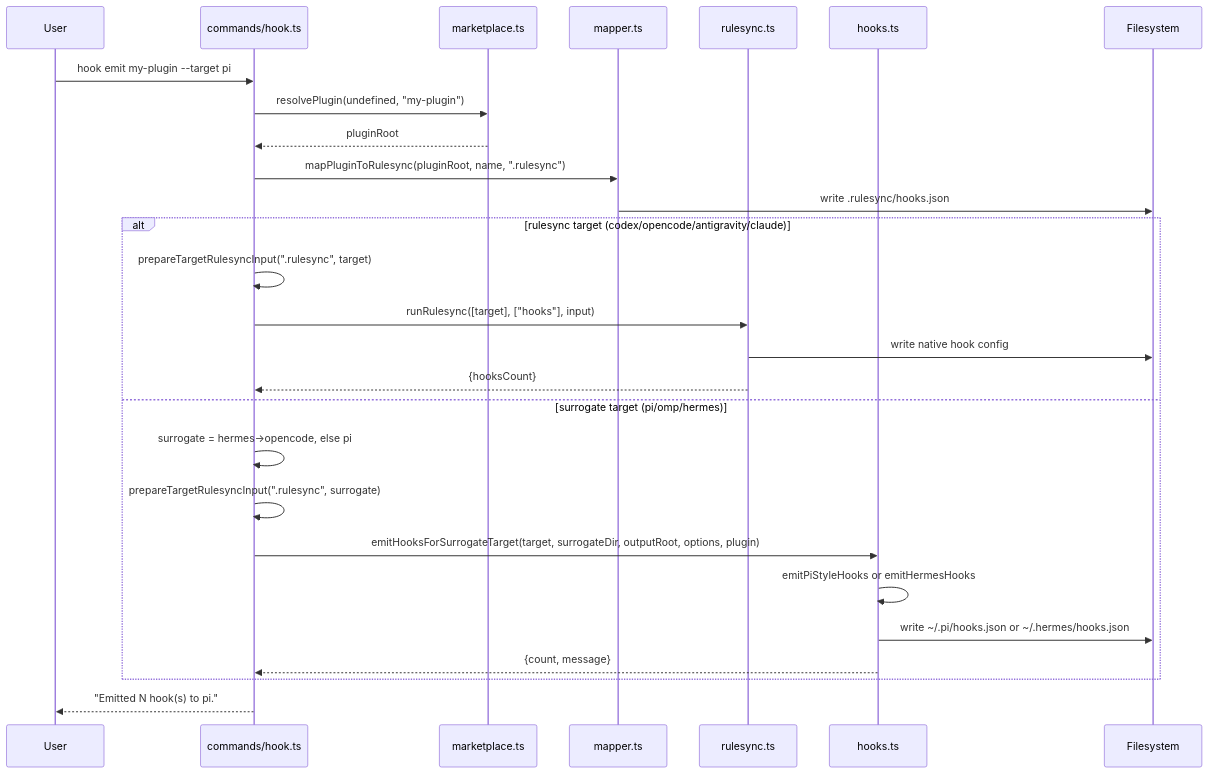
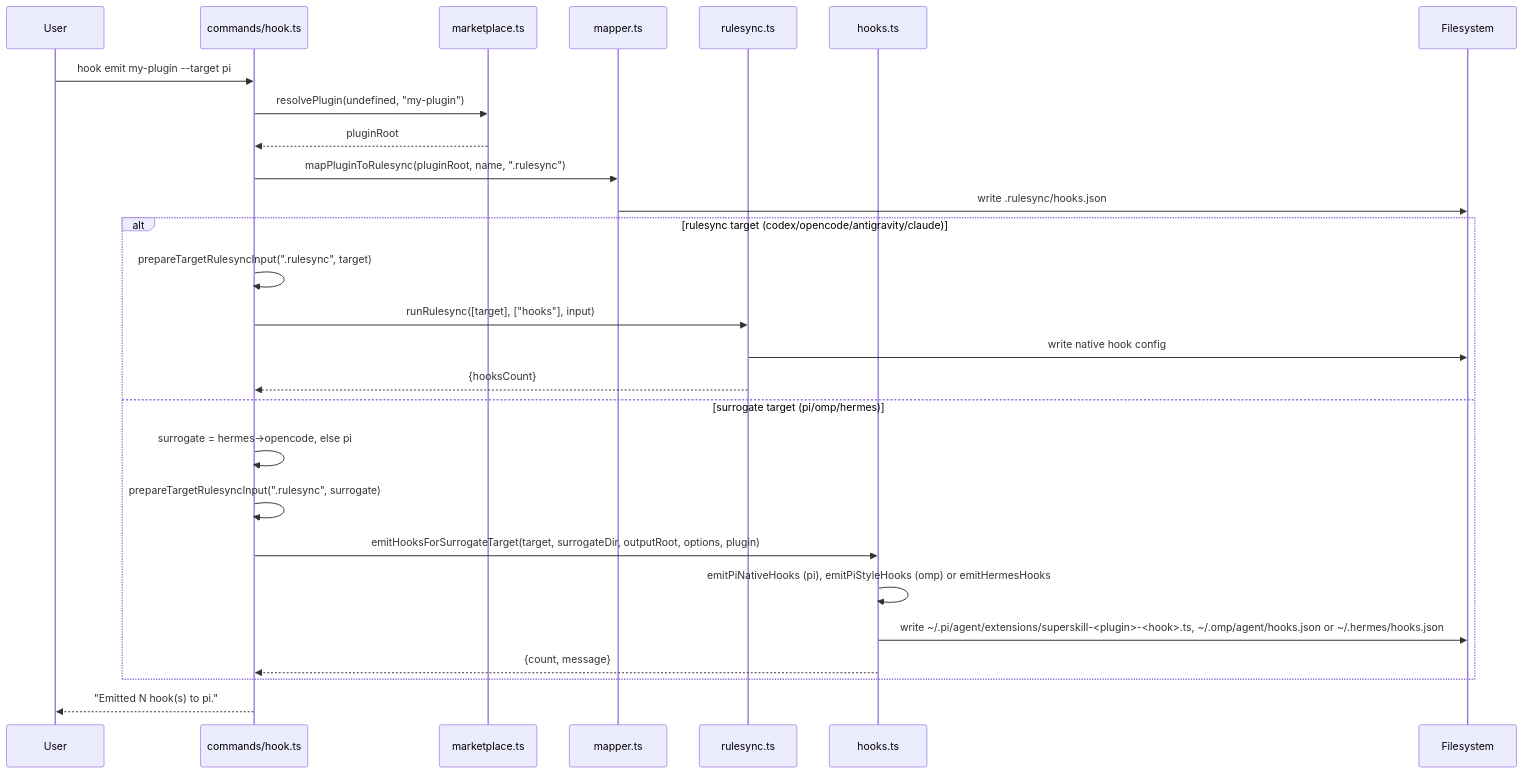
The second of 2 diagrams in docs/help/cmd_hook.md (gobing-ai/superskill), drawn with Mermaid before and after one commit. The commit also changed other lines of this file and 12 other files, not shown here.

First line of the commit message:
docs(hook): mark the native Pi hook adapter implemented

````diff
--- a/docs/help/cmd_hook.md
+++ b/docs/help/cmd_hook.md
@@ -131,32 +131,32 @@
 ```mermaid
 sequenceDiagram
     participant User
     participant Cmd as commands/hook.ts
     participant MP as marketplace.ts
     participant Map as mapper.ts
     participant RS as rulesync.ts
     participant H as hooks.ts
     participant FS as Filesystem
 
     User->>Cmd: hook emit my-plugin --target pi
     Cmd->>MP: resolvePlugin(undefined, "my-plugin")
     MP-->>Cmd: pluginRoot
     Cmd->>Map: mapPluginToRulesync(pluginRoot, name, ".rulesync")
     Map->>FS: write .rulesync/hooks.json
 
     alt rulesync target (codex/opencode/antigravity/claude)
         Cmd->>Cmd: prepareTargetRulesyncInput(".rulesync", target)
         Cmd->>RS: runRulesync([target], ["hooks"], input)
         RS->>FS: write native hook config
         RS-->>Cmd: {hooksCount}
     else surrogate target (pi/omp/hermes)
         Cmd->>Cmd: surrogate = hermes→opencode, else pi
         Cmd->>Cmd: prepareTargetRulesyncInput(".rulesync", surrogate)
         Cmd->>H: emitHooksForSurrogateTarget(target, surrogateDir, outputRoot, options, plugin)
-        H->>H: emitPiStyleHooks or emitHermesHooks
-        H->>FS: write ~/.pi/hooks.json or ~/.hermes/hooks.json
+        H->>H: emitPiNativeHooks (pi), emitPiStyleHooks (omp) or emitHermesHooks
+        H->>FS: write ~/.pi/agent/extensions/superskill-<plugin>-<hook>.ts, ~/.omp/agent/hooks.json or ~/.hermes/hooks.json
         H-->>Cmd: {count, message}
     end
 
     Cmd-->>User: "Emitted N hook(s) to pi."
 ```
````
